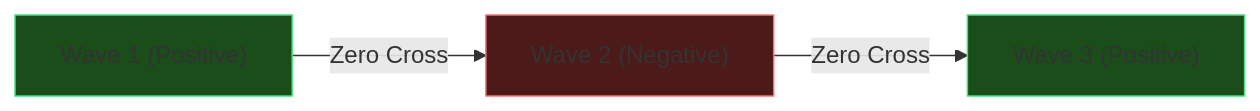
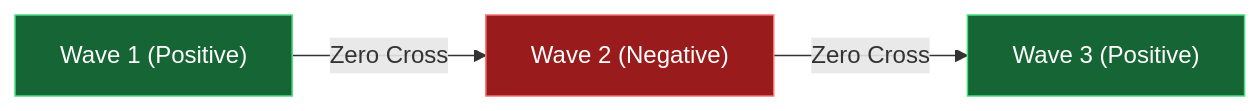
The first of 3 diagrams in docs/divergence_algorithm.md (rightedges/stockintelligence), drawn with Mermaid before and after one commit. The commit also changed other lines of this file, not shown here.

Commit message:
Docs: Improved Mermaid diagram contrast for better readability

````diff
--- a/docs/divergence_algorithm.md
+++ b/docs/divergence_algorithm.md
@@ -8,8 +8,8 @@
 ```mermaid
 graph LR
     A["Wave 1 (Positive)"] -- Zero Cross --> B["Wave 2 (Negative)"]
     B -- Zero Cross --> C["Wave 3 (Positive)"]
-    style A fill:#1a4d1a,stroke:#4ade80
-    style B fill:#4d1a1a,stroke:#f87171
-    style C fill:#1a4d1a,stroke:#4ade80
+    style A fill:#166534,stroke:#4ade80,color:#fff
+    style B fill:#991b1b,stroke:#f87171,color:#fff
+    style C fill:#166534,stroke:#4ade80,color:#fff
 ```
````
